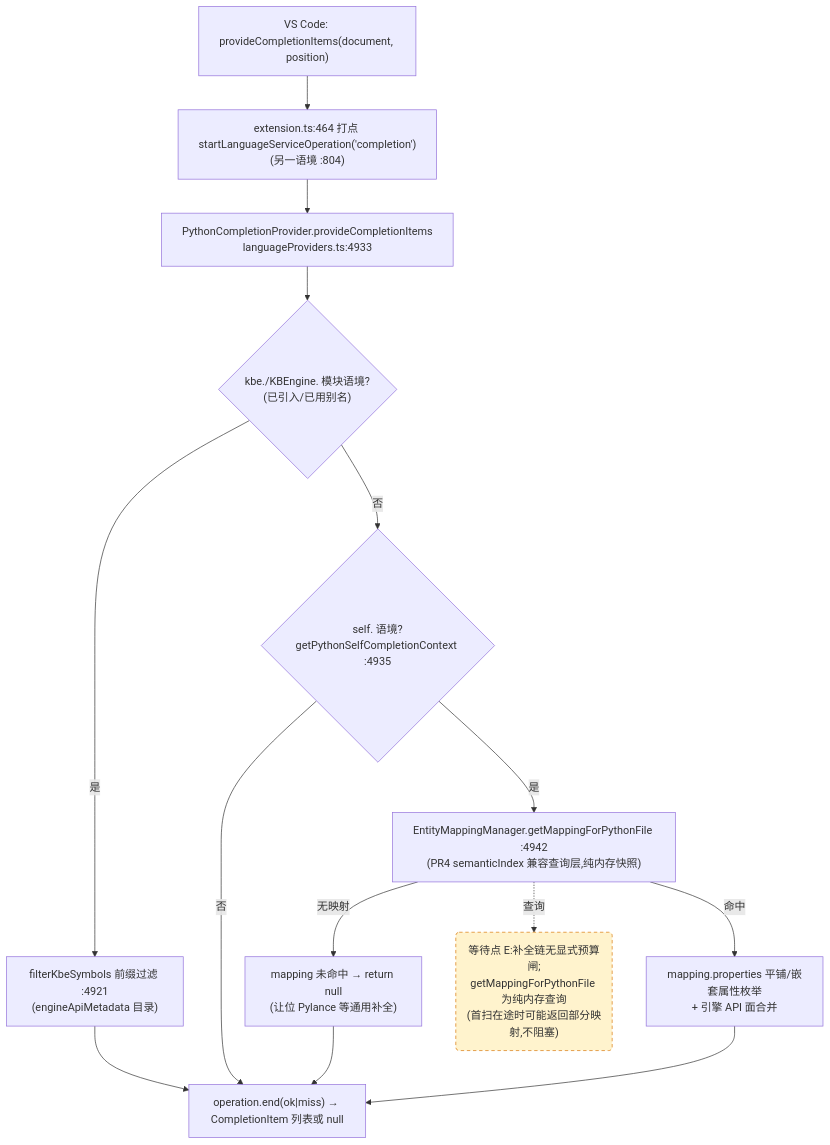
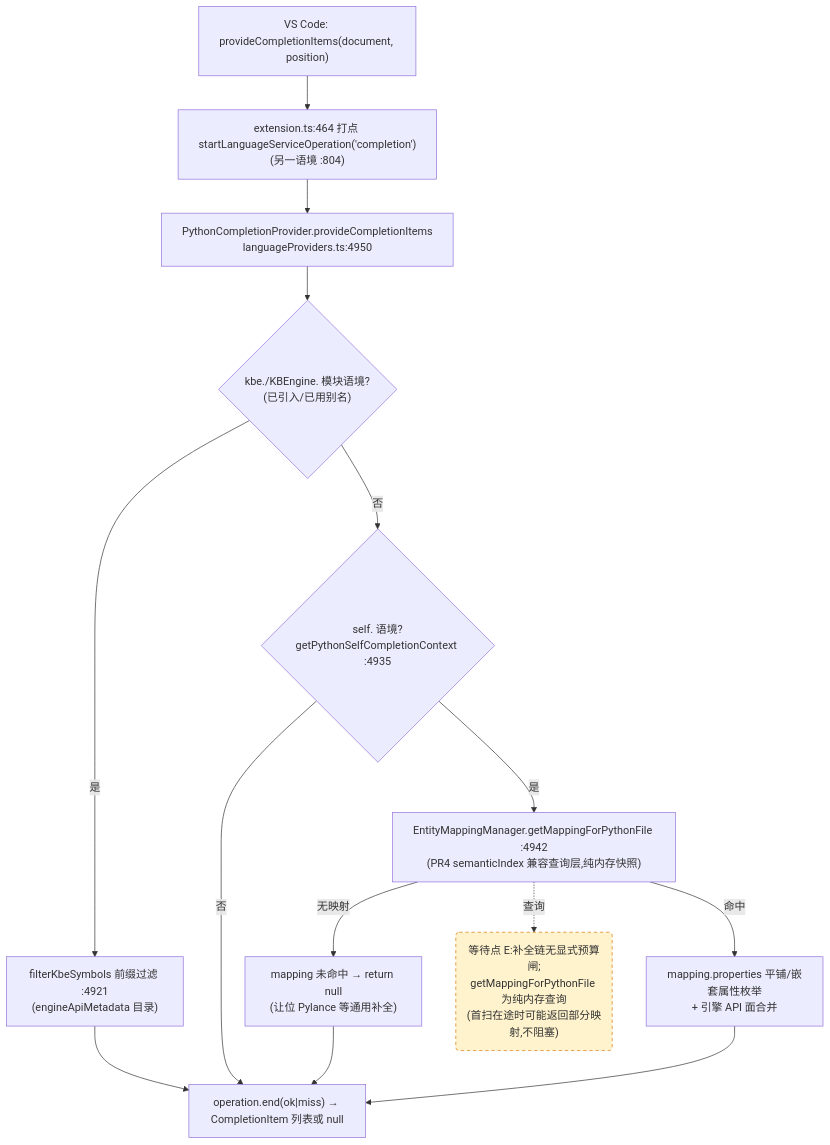
One commit to cuihairu/kode changed the third of 4 diagrams in docs/perf/2026-baseline.md. Above: the diagram before and after it, drawn with Mermaid. The commit also changed other lines of this file and 4 other files, not shown here.

````diff
--- a/docs/perf/2026-baseline.md
+++ b/docs/perf/2026-baseline.md
@@ -184,27 +184,27 @@
 ```mermaid
 flowchart TD
   VC3["VS Code: provideCompletionItems(document, position)"]
   M3["extension.ts:464 打点 startLanguageServiceOperation('completion')<br/>(另一语境 :804)"]
-  CP["PythonCompletionProvider.provideCompletionItems<br/>languageProviders.ts:4933"]
+  CP["PythonCompletionProvider.provideCompletionItems<br/>languageProviders.ts:4950"]
   KBEC{"kbe./KBEngine. 模块语境?<br/>(已引入/已用别名)"}
   FILTER["filterKbeSymbols 前缀过滤 :4921<br/>(engineApiMetadata 目录)"]
   SELFC{"self. 语境?<br/>getPythonSelfCompletionContext :4935"}
   MAP["EntityMappingManager.getMappingForPythonFile :4942<br/>(PR4 semanticIndex 兼容查询层,纯内存快照)"]
   NOMAP["mapping 未命中 → return null<br/>(让位 Pylance 等通用补全)"]
   PROPS["mapping.properties 平铺/嵌套属性枚举<br/>+ 引擎 API 面合并"]
   END3["operation.end(ok|miss) → CompletionItem 列表或 null"]
 
   VC3 --> M3 --> CP --> KBEC
   KBEC -- "是" --> FILTER --> END3
   KBEC -- "否" --> SELFC
   SELFC -- "否" --> END3
   SELFC -- "是" --> MAP
   MAP -- "无映射" --> NOMAP --> END3
   MAP -- "命中" --> PROPS --> END3
 
   WAITE("等待点 E:补全链无显式预算闸;<br/>getMappingForPythonFile 为纯内存查询<br/>(首扫在途时可能返回部分映射,不阻塞)")
   MAP -.->|查询| WAITE
 
   classDef waitPoint fill:#fff3cd,stroke:#d97706,stroke-dasharray:5 4;
   class WAITE waitPoint;
 ```
````
